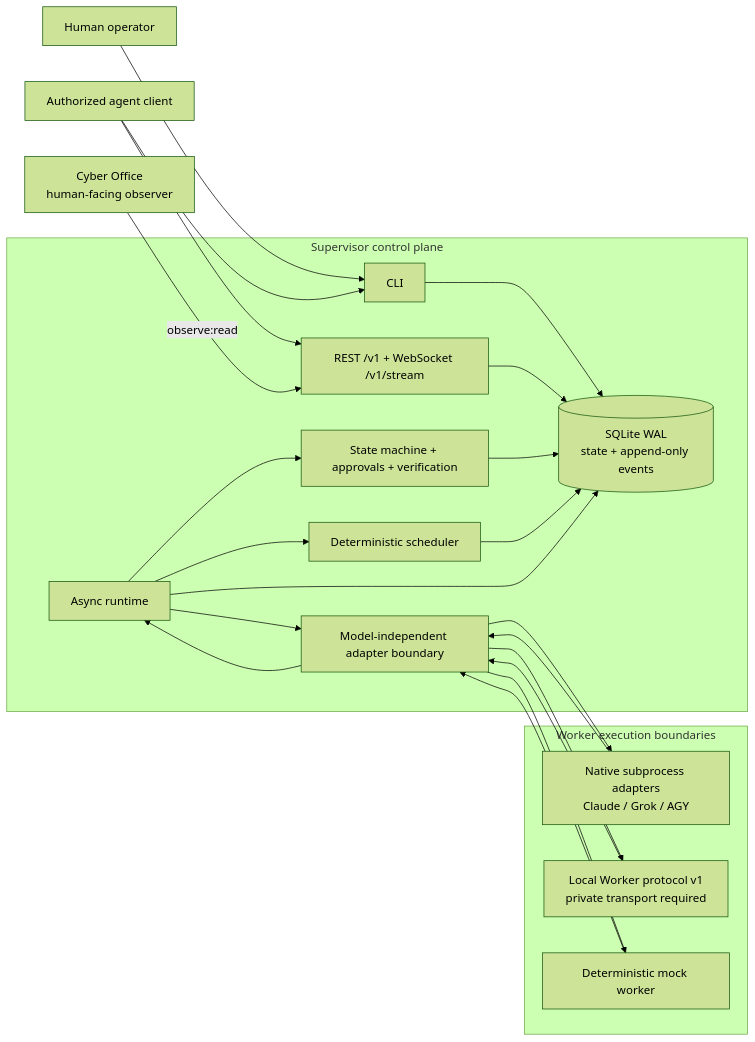
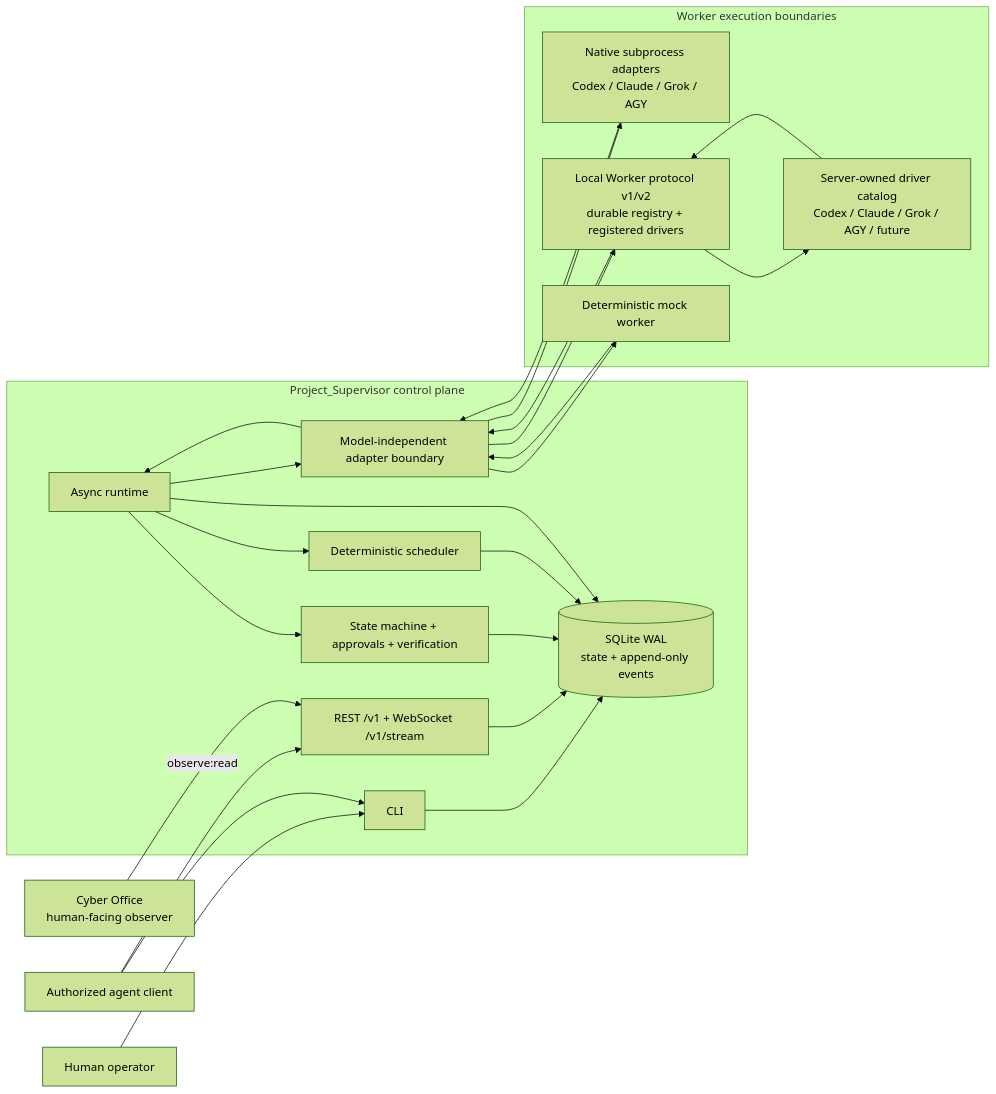
The first of 3 diagrams in docs/ARCHITECTURE.md (Ka1y0/Chips_Agent_Fabric), drawn with Mermaid (forest theme) before and after one commit. The commit also changed other lines of this file and 130 other files, not shown here.

````diff
--- a/docs/ARCHITECTURE.md
+++ b/docs/ARCHITECTURE.md
@@ -10,42 +10,45 @@
 ```mermaid
 flowchart LR
     operator["Human operator"]
     agent["Authorized agent client"]
     office["Cyber Office<br/>human-facing observer"]
 
-    subgraph control["Supervisor control plane"]
+    subgraph control["Project_Supervisor control plane"]
         cli["CLI"]
         api["REST /v1 + WebSocket /v1/stream"]
         runtime["Async runtime"]
         policy["State machine + approvals + verification"]
         scheduler["Deterministic scheduler"]
         journal[("SQLite WAL<br/>state + append-only events")]
         adapters["Model-independent adapter boundary"]
     end
 
     subgraph workers["Worker execution boundaries"]
-        native["Native subprocess adapters<br/>Claude / Grok / AGY"]
-        remote["Local Worker protocol v1<br/>private transport required"]
+        native["Native subprocess adapters<br/>Codex / Claude / Grok / AGY"]
+        remote["Local Worker protocol v1/v2<br/>durable registry + registered drivers"]
+        localdrivers["Server-owned driver catalog<br/>Codex / Claude / Grok / AGY / future"]
         mock["Deterministic mock worker"]
     end
 
     operator --> cli
     agent --> cli
     agent --> api
     office -->|"observe:read"| api
     cli --> journal
     api --> journal
     runtime --> policy
     runtime --> scheduler
     policy --> journal
     scheduler --> journal
     runtime --> adapters
     adapters --> native
     adapters --> remote
+    remote --> localdrivers
     adapters --> mock
     native --> adapters
     remote --> adapters
+    localdrivers --> remote
     mock --> adapters
     adapters --> runtime
     runtime --> journal
 ```
````
